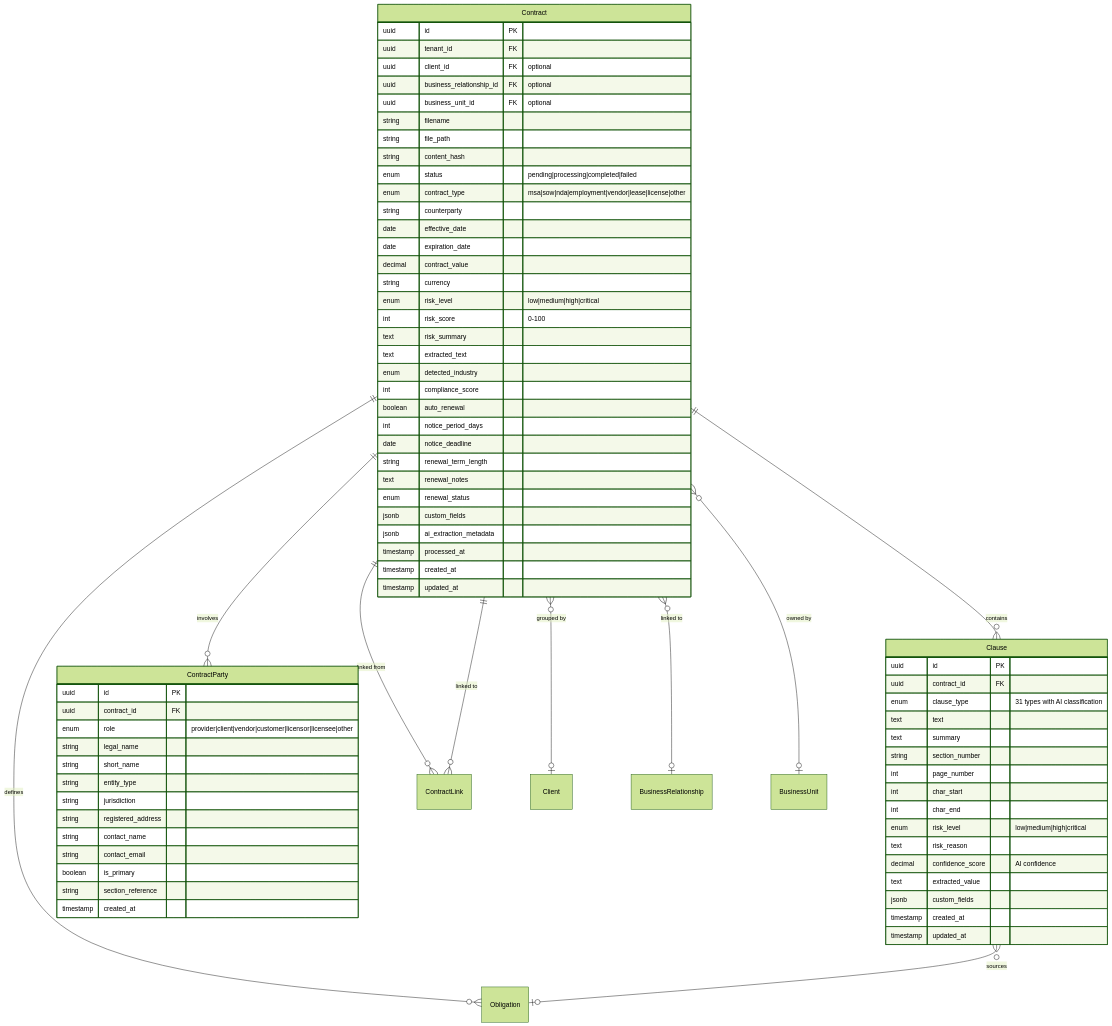
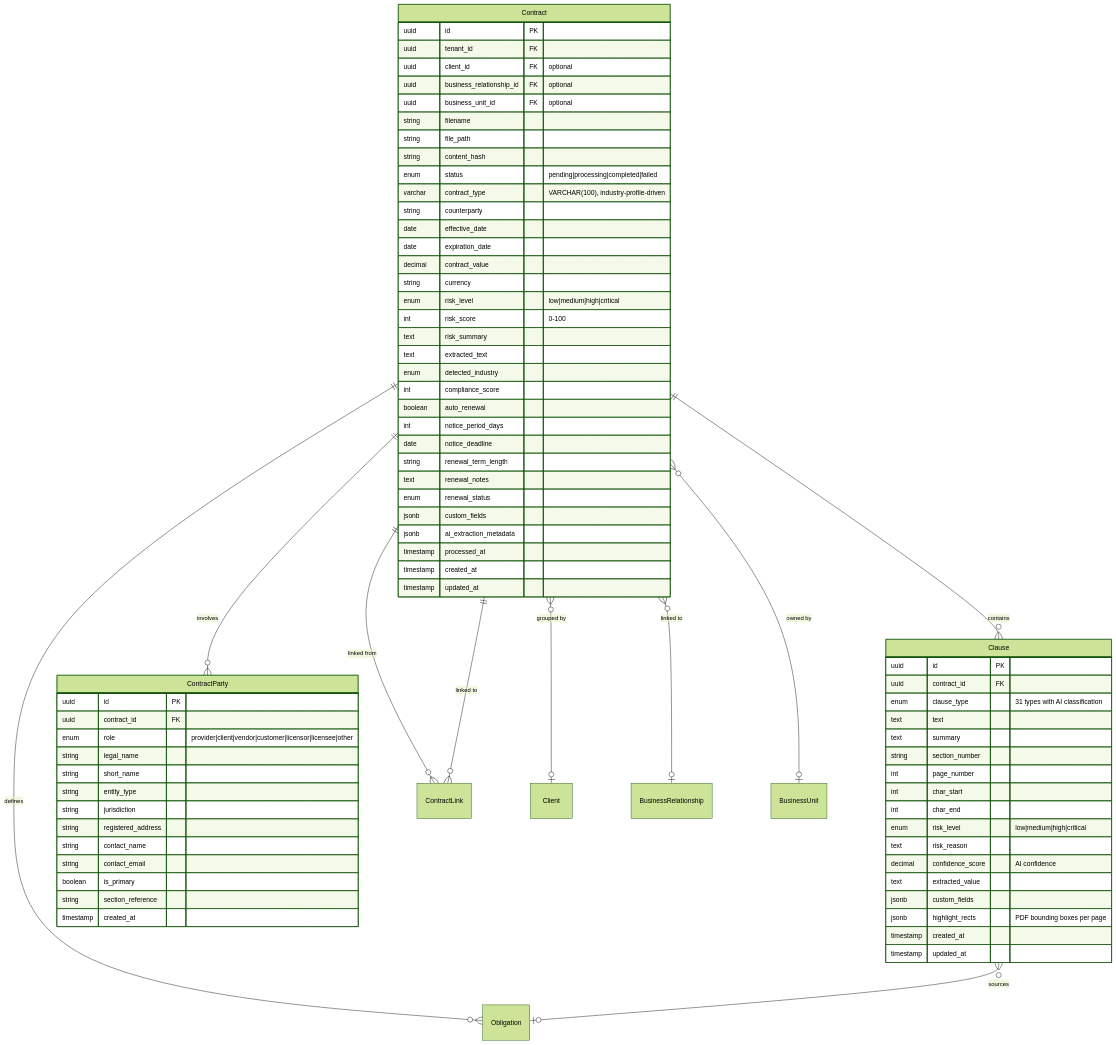
One commit to jjayarajdev/clm-evaluetor changed the seventh of 59 diagrams in docs/DATA_MODEL.md. Above: the diagram before and after it, drawn with Mermaid (forest theme). The commit also changed other lines of this file and 65 other files, not shown here.

First line of the commit message:
feat: Multi-domain CLM — industry profiles, contract_type VARCHAR migration, party aliases, sidebar/dashboard redesign

```diff
--- a/docs/DATA_MODEL.md
+++ b/docs/DATA_MODEL.md
@@ -295,7 +300,7 @@
         string file_path
         string content_hash
         enum status "pending|processing|completed|failed"
-        enum contract_type "msa|sow|nda|employment|vendor|lease|license|other"
+        varchar contract_type "VARCHAR(100), industry-profile-driven"
         string counterparty
         date effective_date
         date expiration_date
@@ -335,6 +340,7 @@
         decimal confidence_score "AI confidence"
         text extracted_value
         jsonb custom_fields
+        jsonb highlight_rects "PDF bounding boxes per page"
         timestamp created_at
         timestamp updated_at
     }
```
